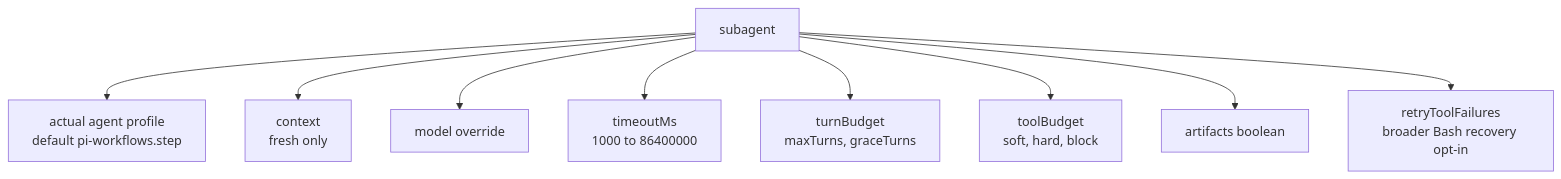
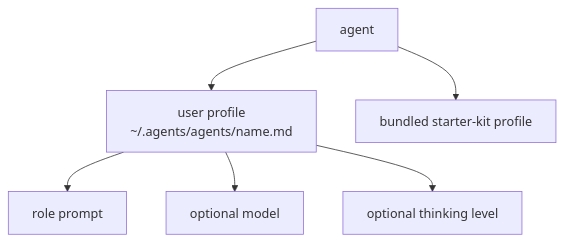
One commit to wichayutdew/pi-workflows changed the sixth of 7 diagrams in openwiki/authoring/workflow-files.md. Above: the diagram before and after it, drawn with Mermaid. The commit also changed other lines of this file and 16 other files, not shown here.

````diff
--- a/openwiki/authoring/workflow-files.md
+++ b/openwiki/authoring/workflow-files.md
@@ -281,11 +284,8 @@
 ```mermaid
 flowchart TD
-  Subagent[subagent] --> Profile[actual agent profile<br/>default pi-workflows.step]
-  Subagent --> Context[context<br/>fresh only]
-  Subagent --> Model[model override]
-  Subagent --> Timeout[timeoutMs<br/>1000 to 86400000]
-  Subagent --> TurnBudget[turnBudget<br/>maxTurns, graceTurns]
-  Subagent --> ToolBudget[toolBudget<br/>soft, hard, block]
-  Subagent --> Artifacts[artifacts boolean]
-  Subagent --> Retry[retryToolFailures<br/>broader Bash recovery opt-in]
+  Agent[agent] --> Profile[user profile<br/>~/.agents/agents/name.md]
+  Agent --> Fallback[bundled starter-kit profile]
+  Profile --> Prompt[role prompt]
+  Profile --> Model[optional model]
+  Profile --> Thinking[optional thinking level]
 ```
````
